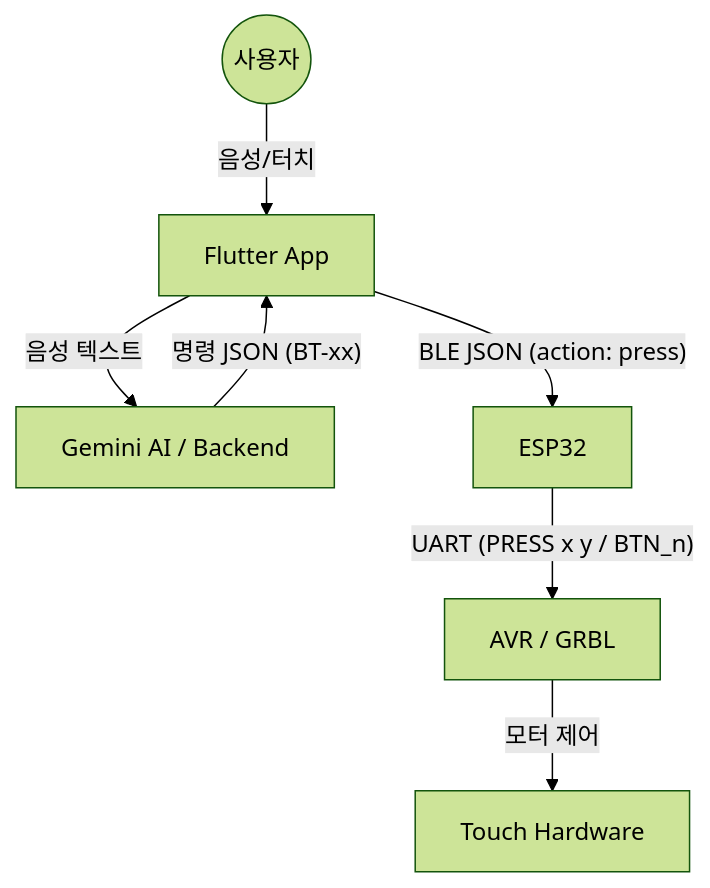
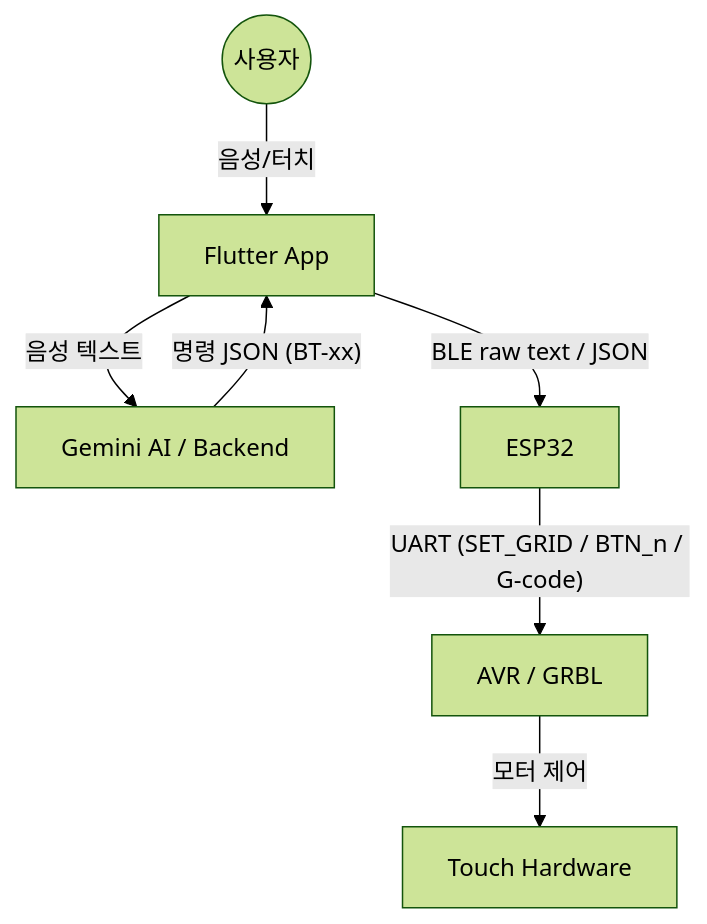
The diagram in docs/AI_SYSTEM_OVERVIEW_KO.md (Seongwonp/touch_bridge), drawn with Mermaid (forest theme) before and after one commit. The commit also changed other lines of this file and 75 other files, not shown here.

````diff
--- a/docs/AI_SYSTEM_OVERVIEW_KO.md
+++ b/docs/AI_SYSTEM_OVERVIEW_KO.md
@@ -19,9 +19,9 @@
 ```mermaid
 graph TD
     User((사용자)) -- "음성/터치" --> App[Flutter App]
     App -- "음성 텍스트" --> Gemini[Gemini AI / Backend]
     Gemini -- "명령 JSON (BT-xx)" --> App
-    App -- "BLE JSON (action: press)" --> ESP32[ESP32]
-    ESP32 -- "UART (PRESS x y / BTN_n)" --> AVR[AVR / GRBL]
+    App -- "BLE raw text / JSON" --> ESP32[ESP32]
+    ESP32 -- "UART (SET_GRID / BTN_n / G-code)" --> AVR[AVR / GRBL]
     AVR -- "모터 제어" --> HW[Touch Hardware]
 ```
````
